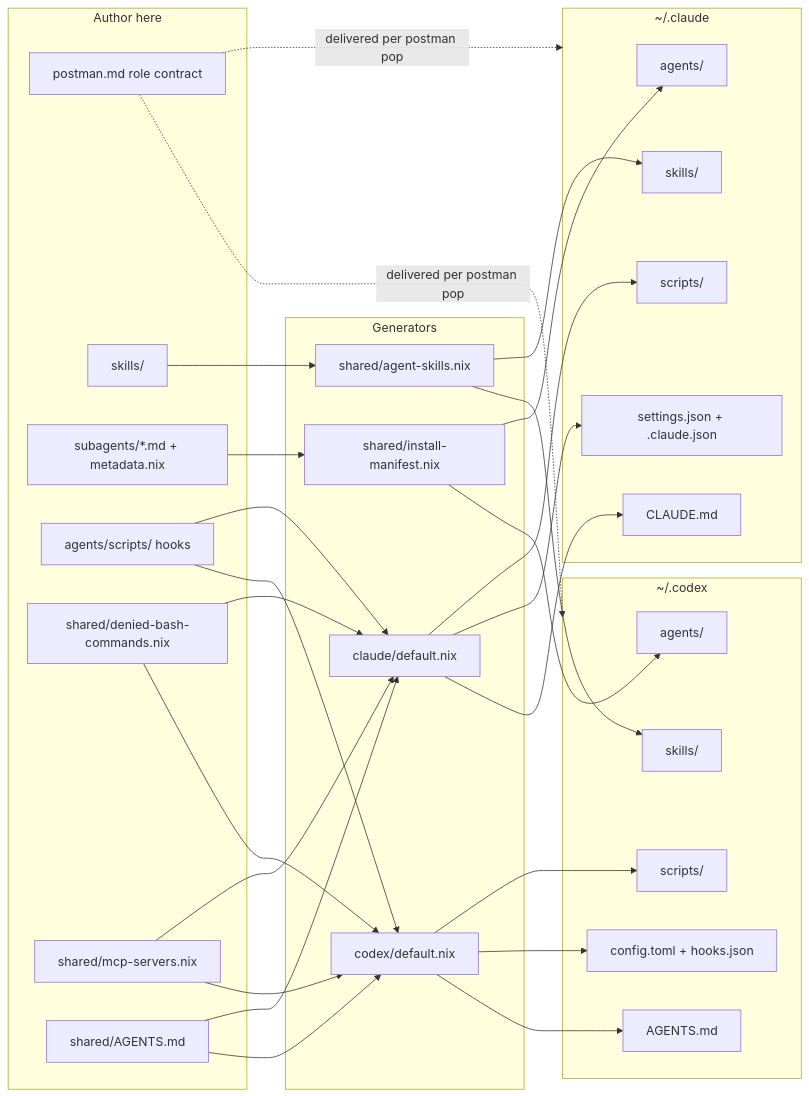
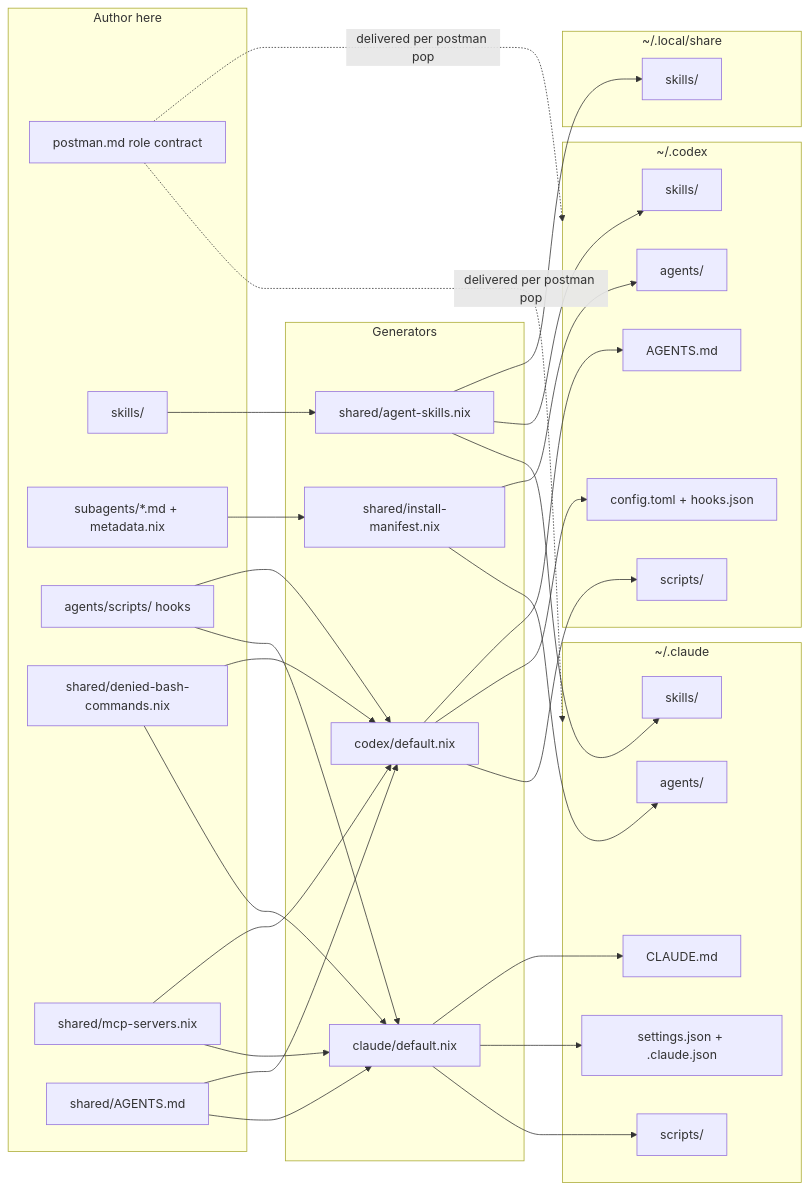
One commit to i9wa4/dotfiles changed the diagram in nix/home-manager/agents/README.md. Above: the diagram before and after it, drawn with Mermaid. The commit also changed other lines of this file and 6 other files, not shown here.

````diff
--- a/nix/home-manager/agents/README.md
+++ b/nix/home-manager/agents/README.md
@@ -38,46 +38,50 @@
 ```mermaid
 graph LR
     subgraph sources [Author here]
         P[postman.md role contract]
         S[skills/]
         A[subagents/*.md + metadata.nix]
         H[agents/scripts/ hooks]
         D[shared/denied-bash-commands.nix]
         M[shared/mcp-servers.nix]
         L[shared/AGENTS.md]
     end
     subgraph emitters [Generators]
         IM[shared/install-manifest.nix]
         AS[shared/agent-skills.nix]
         C[claude/default.nix]
         X[codex/default.nix]
     end
     subgraph claude [~/.claude]
         CA[agents/]
         CS[skills/]
         CJ[settings.json + .claude.json]
         CH[scripts/]
         CF[CLAUDE.md]
     end
     subgraph codex [~/.codex]
         XA[agents/]
         XS[skills/]
         XT[config.toml + hooks.json]
         XH[scripts/]
         XF[AGENTS.md]
     end
+    subgraph references [~/.local/share]
+        RS[skills/]
+    end
     A --> IM --> CA
     IM --> XA
     S --> AS --> CS
     AS --> XS
+    AS --> RS
     H --> C --> CH
     H --> X --> XH
     D --> C --> CJ
     D --> X --> XT
     M --> C
     M --> X
     L --> C --> CF
     L --> X --> XF
     P -. delivered per postman pop .-> claude
     P -. delivered per postman pop .-> codex
 ```
````
